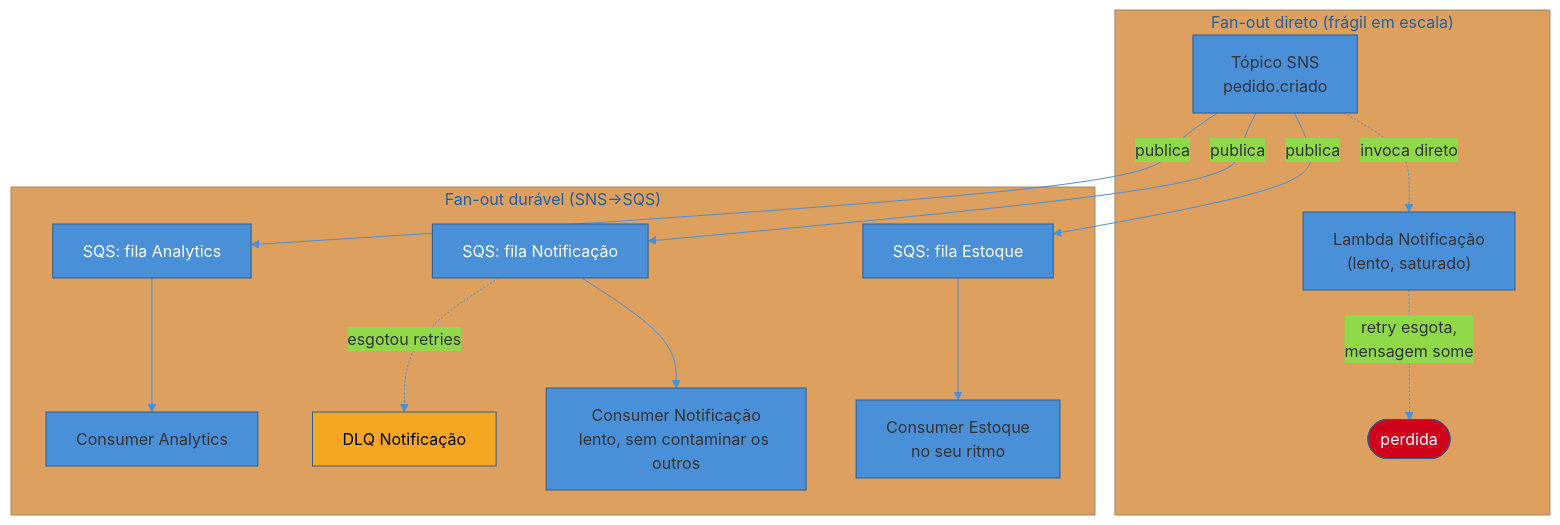
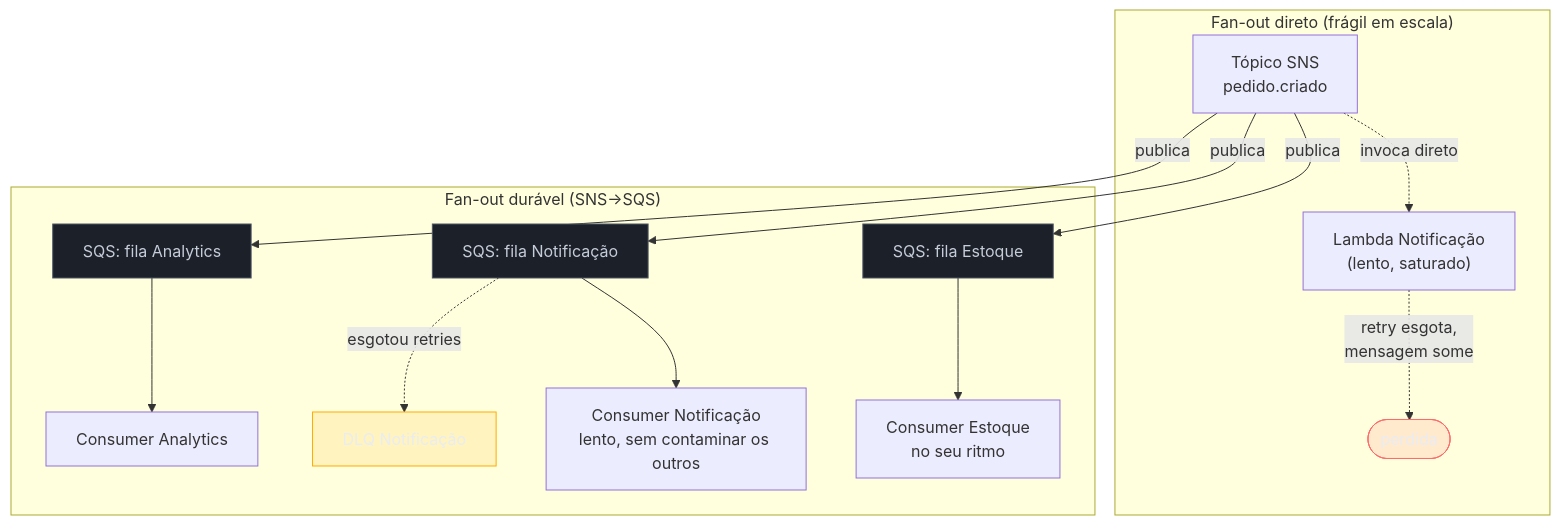
One commit to josenaldo/codex-technomanticus changed the first of 3 diagrams in 03-Dominios/Tecnologia/Cloud/13 - Mensageria e eventos gerenciados/05 - Padrões event-driven na cloud.md. Above: the diagram before and after it, drawn with Mermaid. The commit also changed other lines of this file and 1181 other files, not shown here.

First line of the commit message:
fix(diagramas): paleta do sistema no lugar de cor cravada no markdown

````diff
--- a/03-Dominios/Tecnologia/Cloud/13 - Mensageria e eventos gerenciados/05 - Padrões event-driven na cloud.md
+++ b/03-Dominios/Tecnologia/Cloud/13 - Mensageria e eventos gerenciados/05 - Padrões event-driven na cloud.md
@@ -29,28 +29,30 @@
 ```mermaid
-%%{init: {"theme": "base", "themeVariables": {"primaryColor": "#4A90D9", "primaryBorderColor": "#2E5C8A", "lineColor": "#4A90D9"}}}%%
 flowchart TD
+    classDef falha fill:#FF6B6B24,stroke:#FF6B6B,color:#E9ECF2
+    classDef destaque fill:#FFAA0024,stroke:#FFAA00,color:#E9ECF2
+    classDef neutro fill:#1B2029,stroke:#4E5666,color:#C6CCD8
     SNS["Tópico SNS<br/>pedido.criado"]
 
     subgraph DIRETO["Fan-out direto (frágil em escala)"]
         SNS -.->|"invoca direto"| L1["Lambda Notificação<br/>(lento, saturado)"]
         L1 -.->|"retry esgota,<br/>mensagem some"| X1(["perdida"])
     end
 
     subgraph DURAVEL["Fan-out durável (SNS→SQS)"]
         SNS -->|"publica"| Q1["SQS: fila Estoque"]
         SNS -->|"publica"| Q2["SQS: fila Notificação"]
         SNS -->|"publica"| Q3["SQS: fila Analytics"]
 
         Q1 --> C1["Consumer Estoque<br/>no seu ritmo"]
         Q2 --> C2["Consumer Notificação<br/>lento, sem contaminar os outros"]
         Q3 --> C3["Consumer Analytics"]
 
         Q2 -.->|"esgotou retries"| DLQ2["DLQ Notificação"]
     end
 
-    style X1 fill:#D0021B,color:#fff
-    style DLQ2 fill:#F5A623,color:#000
-    style Q1 fill:#4A90D9,color:#fff
-    style Q2 fill:#4A90D9,color:#fff
-    style Q3 fill:#4A90D9,color:#fff
+    class X1 falha
+    class DLQ2 destaque
+    class Q1 neutro
+    class Q2 neutro
+    class Q3 neutro
 ```
````
